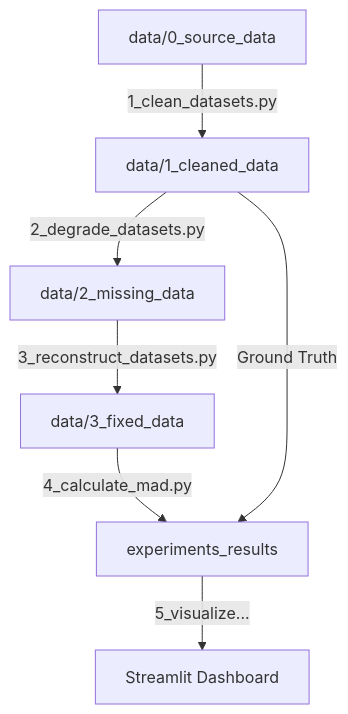
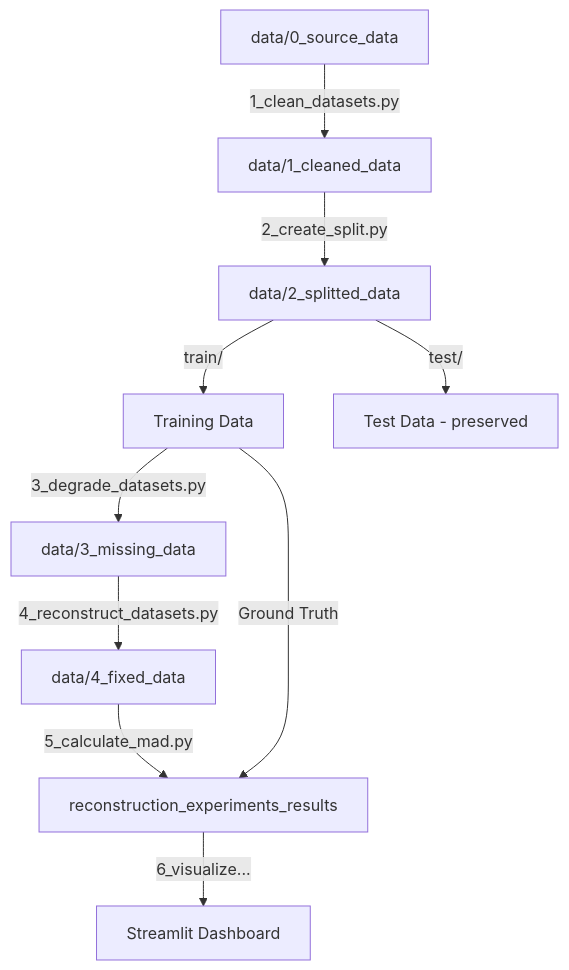
Before and after one commit to DariuszKobiela/uniTS-MissRecoPred: the diagram in README.md, drawn with Mermaid. The commit also changed other lines of this file and 30 other files, not shown here.

````diff
--- a/README.md
+++ b/README.md
@@ -401,9 +427,12 @@
 ```mermaid
 graph TD
     A[data/0_source_data] -->|1_clean_datasets.py| B[data/1_cleaned_data]
-    B -->|2_degrade_datasets.py| C[data/2_missing_data]
-    C -->|3_reconstruct_datasets.py| D[data/3_fixed_data]
-    D -->|4_calculate_mad.py| E[experiments_results]
-    B -->|Ground Truth| E
-    E -->|5_visualize...| F[Streamlit Dashboard]
+    B -->|2_create_split.py| C[data/2_splitted_data]
+    C -->|train/| D[Training Data]
+    C -->|test/| E[Test Data - preserved]
+    D -->|3_degrade_datasets.py| F[data/3_missing_data]
+    F -->|4_reconstruct_datasets.py| G[data/4_fixed_data]
+    G -->|5_calculate_mad.py| H[reconstruction_experiments_results]
+    D -->|Ground Truth| H
+    H -->|6_visualize...| I[Streamlit Dashboard]
 ```
````
